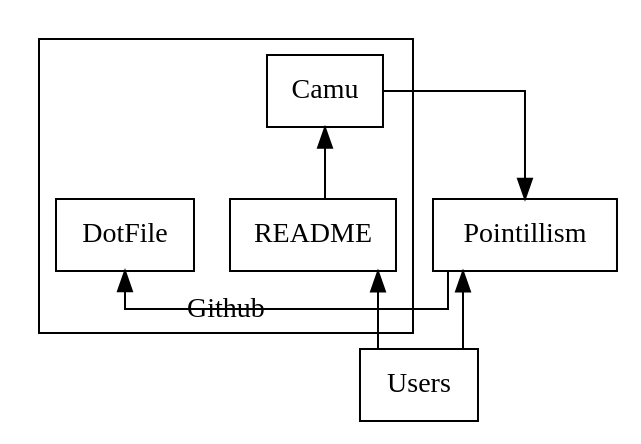
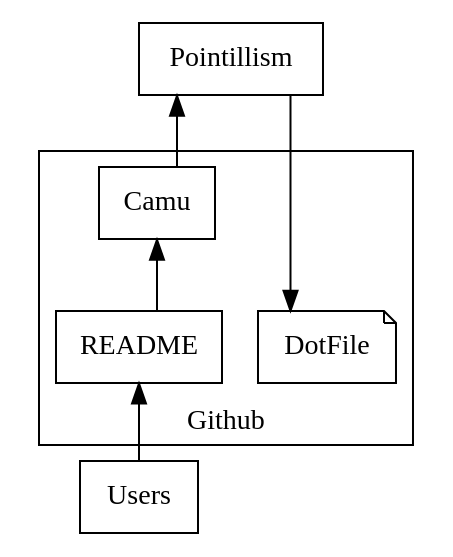
The diagram in pointillism.dot (trevorgrayson/pointillism), drawn with Graphviz before and after one commit. The commit also changed 5 other files, not shown here.

```diff
--- a/pointillism.dot
+++ b/pointillism.dot
@@ -1,19 +1,17 @@
 digraph Example {
   node[shape=rectangle]
   splines=ortho
   rankdir=BT
 
   subgraph cluster_Github {
     label = Github
 
-    README
-    DotFile
+    DotFile[shape=note]
     README -> Camu
   }
   Camu -> Pointillism
 
   Pointillism -> DotFile
 
   Users -> {README}
-  Users -> Pointillism
 }
```
